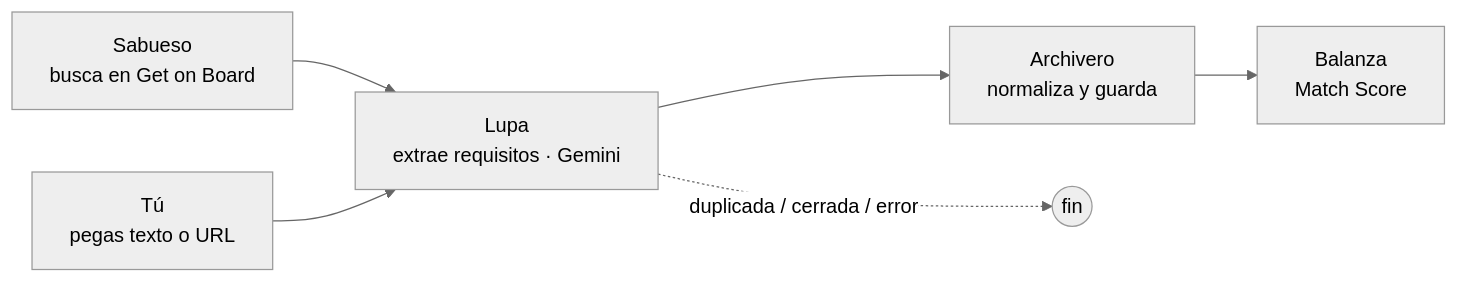
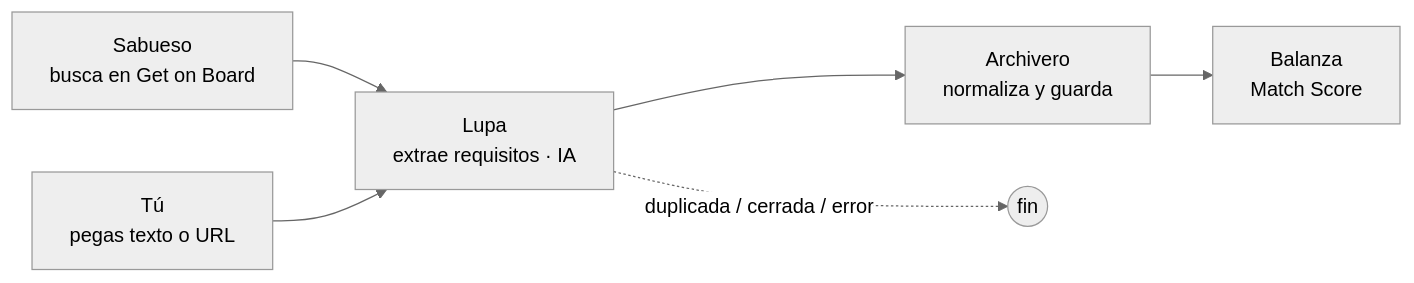
Before and after one commit to JLCCAST/Job-Intelligence: the first of 2 diagrams in README.md, drawn with Mermaid (neutral theme). The commit also changed other lines of this file and 35 other files, not shown here.

````diff
--- a/README.md
+++ b/README.md
@@ -34,8 +34,8 @@
 ```mermaid
 flowchart LR
     S[Sabueso<br/>busca en Get on Board] --> L
     U[Tú<br/>pegas texto o URL] --> L
-    L[Lupa<br/>extrae requisitos · Gemini] --> A[Archivero<br/>normaliza y guarda]
+    L[Lupa<br/>extrae requisitos · IA] --> A[Archivero<br/>normaliza y guarda]
     A --> B[Balanza<br/>Match Score]
     L -. duplicada / cerrada / error .-> F((fin))
 ```
````
